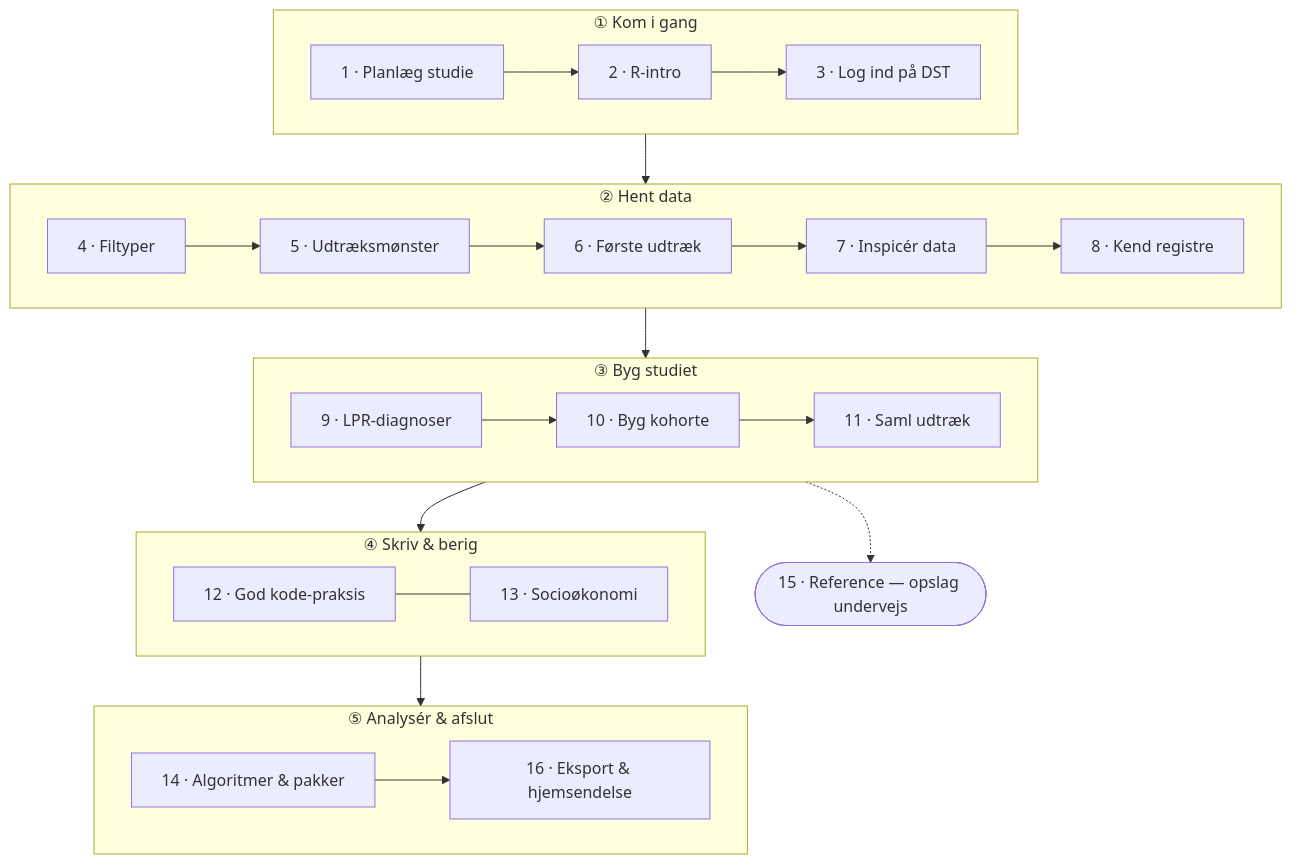
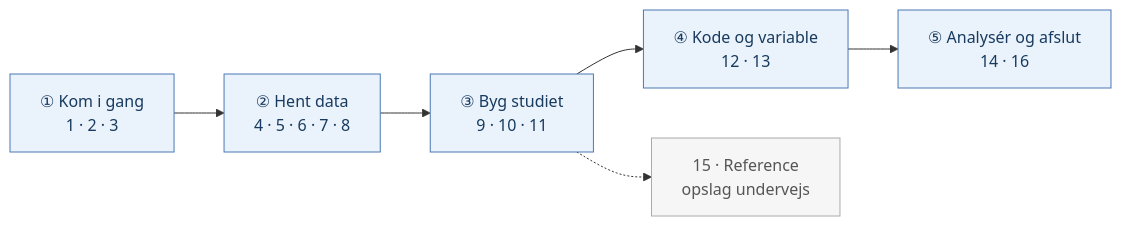
The diagram in docs/da/00_index.qmd (steno-aarhus/registers-guide), drawn with Mermaid before and after one commit. The commit also changed 2 other files, not shown here.

Commit message:
Fjern roadmap fra landingsside; vandret lyst roadmap på guide-forsider
- docs/index.qmd: fjern flowchart fra landingssiden (kun guide-
  forsider skal have det).
- da/00_index.qmd + en/index.qmd: erstat højt TD-subgraph-diagram med
  kompakt vandret 5-stadie-stribe; lyse farver (classDef) så teksten
  er læsbar uanset tema.

````diff
--- a/docs/da/00_index.qmd
+++ b/docs/da/00_index.qmd
@@ -62,29 +62,9 @@
 ```{mermaid}
-flowchart TD
-    subgraph S1["① Kom i gang"]
-        direction LR
-        P1["1 · Planlæg studie"] --> P2["2 · R-intro"] --> P3["3 · Log ind på DST"]
-    end
-    subgraph S2["② Hent data"]
-        direction LR
-        P4["4 · Filtyper"] --> P5["5 · Udtræksmønster"] --> P6["6 · Første udtræk"] --> P7["7 · Inspicér data"] --> P8["8 · Kend registre"]
-    end
-    subgraph S3["③ Byg studiet"]
-        direction LR
-        P9["9 · LPR-diagnoser"] --> P10["10 · Byg kohorte"] --> P11["11 · Saml udtræk"]
-    end
-    subgraph S4["④ Skriv & berig"]
-        direction LR
-        P12["12 · God kode-praksis"] --- P13["13 · Socioøkonomi"]
-    end
-    subgraph S5["⑤ Analysér & afslut"]
-        direction LR
-        P14["14 · Algoritmer & pakker"] --> P16["16 · Eksport & hjemsendelse"]
-    end
-    P3 --> P4
-    P8 --> P9
-    P11 --> P12
-    P13 --> P14
-    P15(["15 · Reference — opslag undervejs"])
-    S3 -.-> P15
+flowchart LR
+    S1["①  Kom i gang<br>1 · 2 · 3"] --> S2["②  Hent data<br>4 · 5 · 6 · 7 · 8"] --> S3["③  Byg studiet<br>9 · 10 · 11"] --> S4["④  Kode og variable<br>12 · 13"] --> S5["⑤  Analysér og afslut<br>14 · 16"]
+    S3 -.-> R15["15 · Reference<br>opslag undervejs"]
+    classDef stage fill:#eaf2fb,stroke:#4a78b5,stroke-width:1px,color:#173a5e;
+    classDef ref fill:#f6f6f6,stroke:#aaaaaa,color:#555555;
+    class S1,S2,S3,S4,S5 stage
+    class R15 ref
 ```
````
